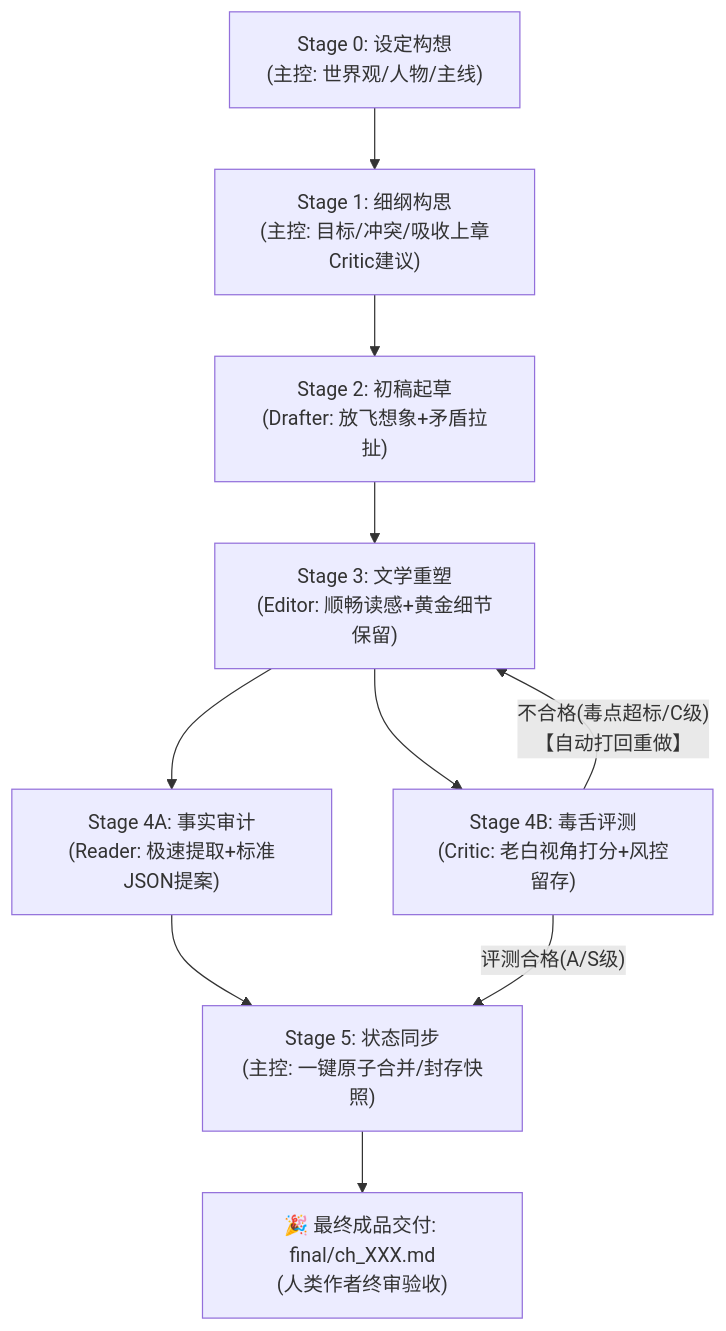
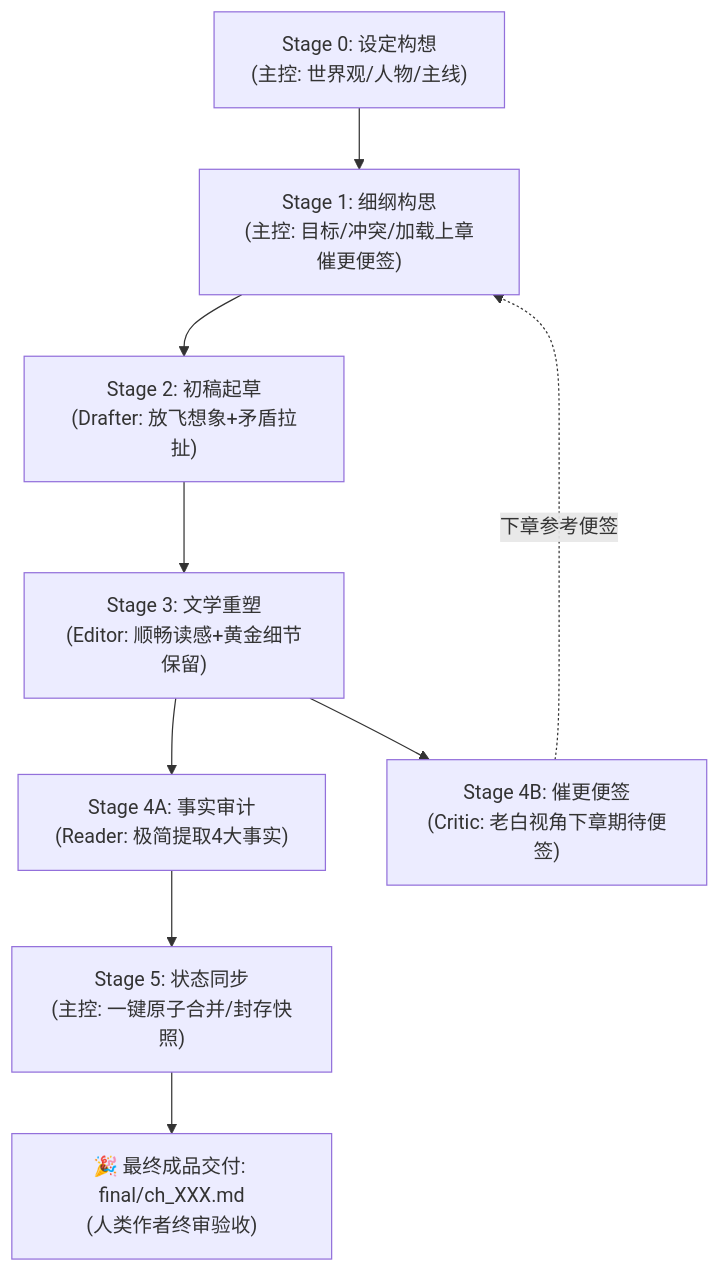
Before and after one commit to cg110902/NOVEL: the diagram in AGENTS.md, drawn with Mermaid. The commit also changed other lines of this file and 12 other files, not shown here.

````diff
--- a/AGENTS.md
+++ b/AGENTS.md
@@ -33,12 +33,11 @@
 ```mermaid
 graph TD
-    S0["Stage 0: 设定构想<br/>(主控: 世界观/人物/主线)"] --> S1["Stage 1: 细纲构思<br/>(主控: 目标/冲突/吸收上章Critic建议)"]
+    S0["Stage 0: 设定构想<br/>(主控: 世界观/人物/主线)"] --> S1["Stage 1: 细纲构思<br/>(主控: 目标/冲突/加载上章催更便签)"]
     S1 --> S2["Stage 2: 初稿起草<br/>(Drafter: 放飞想象+矛盾拉扯)"]
     S2 --> S3["Stage 3: 文学重塑<br/>(Editor: 顺畅读感+黄金细节保留)"]
-    S3 --> S4A["Stage 4A: 事实审计<br/>(Reader: 极速提取+标准JSON提案)"]
-    S3 --> S4B["Stage 4B: 毒舌评测<br/>(Critic: 老白视角打分+风控留存)"]
-    S4B -- "不合格(毒点超标/C级)<br/>【自动打回重做】" --> S3
+    S3 --> S4A["Stage 4A: 事实审计<br/>(Reader: 极简提取4大事实)"]
+    S3 --> S4B["Stage 4B: 催更便签<br/>(Critic: 老白视角下章期待便签)"]
     S4A --> S5["Stage 5: 状态同步<br/>(主控: 一键原子合并/封存快照)"]
-    S4B -- "评测合格(A/S级)" --> S5
+    S4B -. "下章参考便签" .-> S1
     S5 --> S6["🎉 最终成品交付: final/ch_XXX.md<br/>(人类作者终审验收)"]
 ```
````
